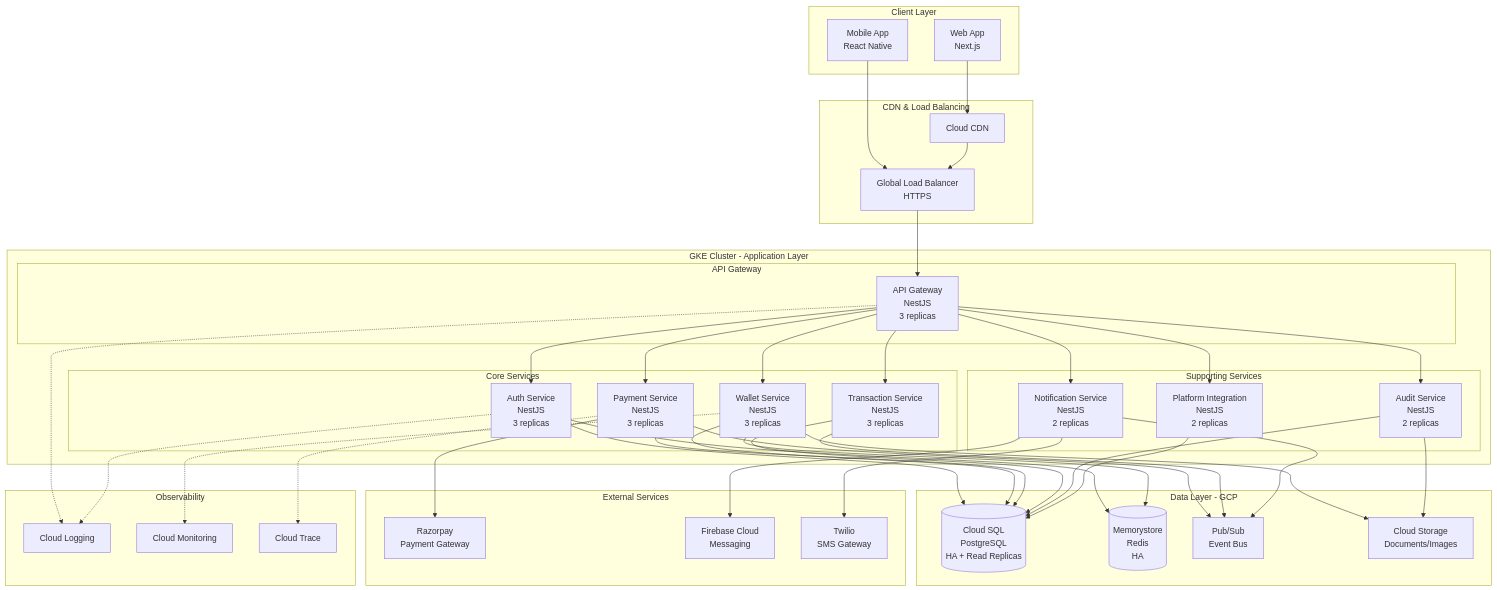
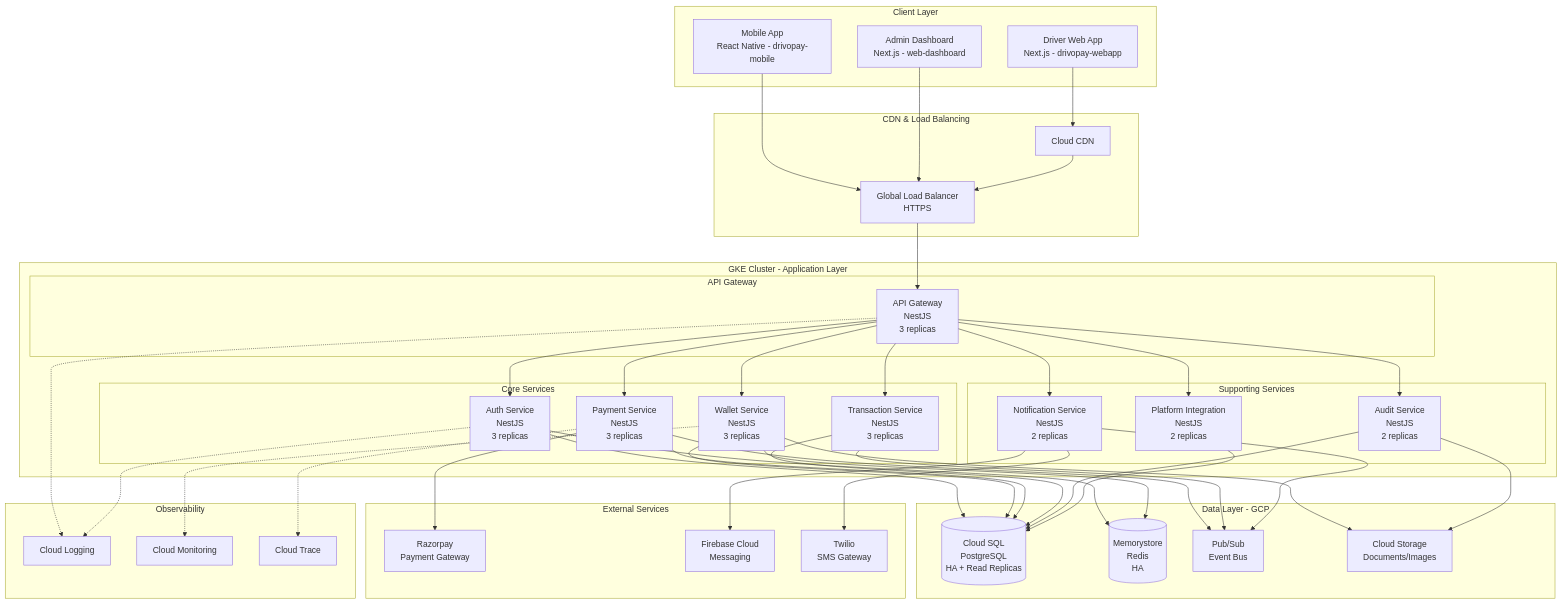
One commit to drivopay/drivopay.com changed the first of 9 diagrams in GCP_DEPLOYMENT_ARCHITECTURE.md. Above: the diagram before and after it, drawn with Mermaid. The commit also changed other lines of this file, not shown here.

First line of the commit message:
docs: Update GCP architecture to align with actual repository structure

````diff
--- a/GCP_DEPLOYMENT_ARCHITECTURE.md
+++ b/GCP_DEPLOYMENT_ARCHITECTURE.md
@@ -30,8 +95,9 @@
 ```mermaid
 graph TB
     subgraph "Client Layer"
-        WEB[Web App<br/>Next.js]
-        MOBILE[Mobile App<br/>React Native]
+        WEB[Driver Web App<br/>Next.js - drivopay-webapp]
+        MOBILE[Mobile App<br/>React Native - drivopay-mobile]
+        ADMIN[Admin Dashboard<br/>Next.js - web-dashboard]
     end
 
     subgraph "CDN & Load Balancing"
@@ -79,6 +145,7 @@
 
     WEB --> CDN
     MOBILE --> GLB
+    ADMIN --> GLB
     CDN --> GLB
     GLB --> APIGW
 
````
